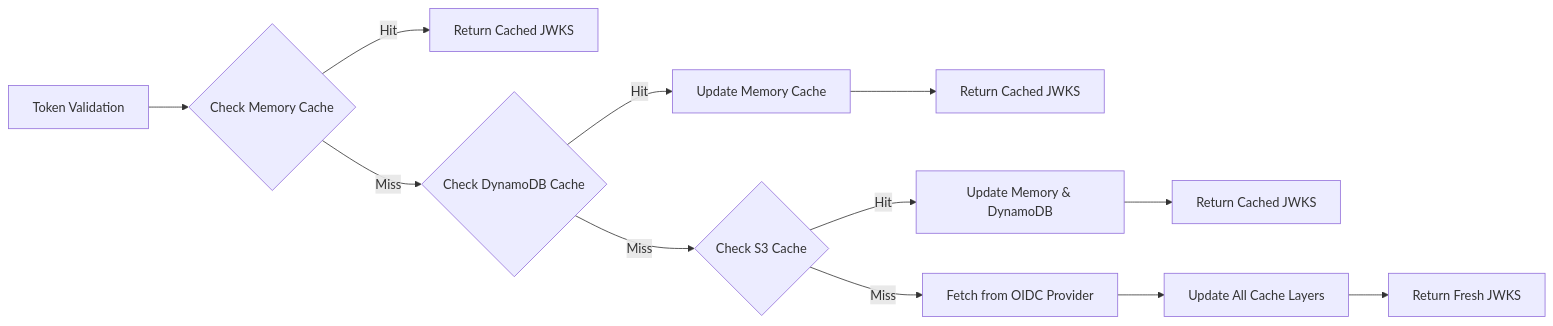
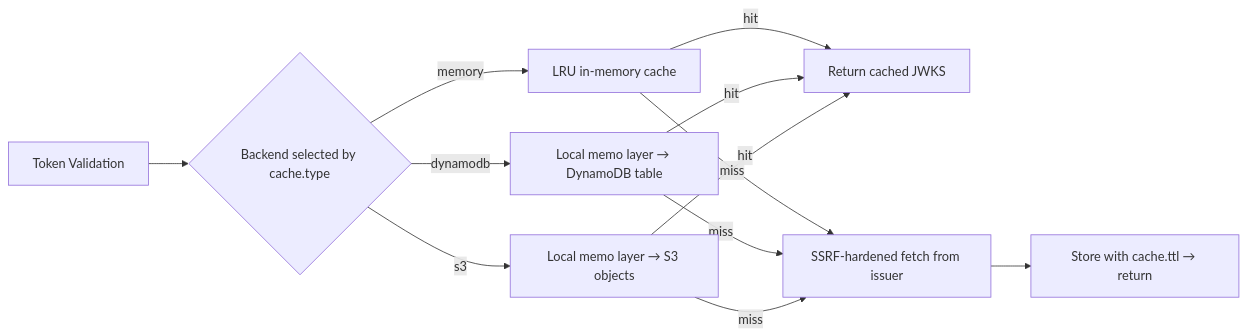
Before and after one commit to boogy/aws-oidc-warden: the fourth of 7 diagrams in docs/ARCHITECTURE.md, drawn with Mermaid. The commit also changed other lines of this file and 108 other files, not shown here.

First line of the commit message:
feat: v2 multi-issuer OIDC validation, issuer-bound authz & session tags (#244)

````diff
--- a/docs/ARCHITECTURE.md
+++ b/docs/ARCHITECTURE.md
@@ -415,14 +476,10 @@
 ```mermaid
 flowchart LR
-    A[Token Validation] --> B{Check Memory Cache}
-    B -->|Hit| C[Return Cached JWKS]
-    B -->|Miss| D{Check DynamoDB Cache}
-    D -->|Hit| E[Update Memory Cache]
-    E --> F[Return Cached JWKS]
-    D -->|Miss| G{Check S3 Cache}
-    G -->|Hit| H[Update Memory & DynamoDB]
-    H --> I[Return Cached JWKS]
-    G -->|Miss| J[Fetch from OIDC Provider]
-    J --> K[Update All Cache Layers]
-    K --> L[Return Fresh JWKS]
+    A[Token Validation] --> B{Backend selected by cache.type}
+    B -->|memory| C[LRU in-memory cache]
+    B -->|dynamodb| D[Local memo layer → DynamoDB table]
+    B -->|s3| E[Local memo layer → S3 objects]
+    C & D & E -->|hit| F[Return cached JWKS]
+    C & D & E -->|miss| G[SSRF-hardened fetch from issuer]
+    G --> H[Store with cache.ttl → return]
 ```
````
